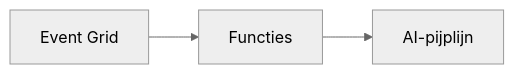
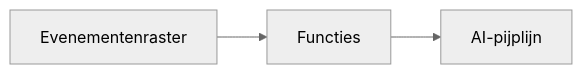
The second of 2 diagrams in translations/nl/docs/chapter-08-production/README.md (microsoft/AZD-for-beginners), drawn with Mermaid (neutral theme) before and after one commit. The commit also changed other lines of this file and 101 other files, not shown here.

````diff
--- a/translations/nl/docs/chapter-08-production/README.md
+++ b/translations/nl/docs/chapter-08-production/README.md
@@ -54,4 +56,4 @@
 ```mermaid
 graph LR
-    EventGrid[Event Grid] --> Functions[Functies] --> Pipeline[AI-pijplijn]
+    EventGrid[Evenementenraster] --> Functions[Functies] --> Pipeline[AI-pijplijn]
 ```
````
